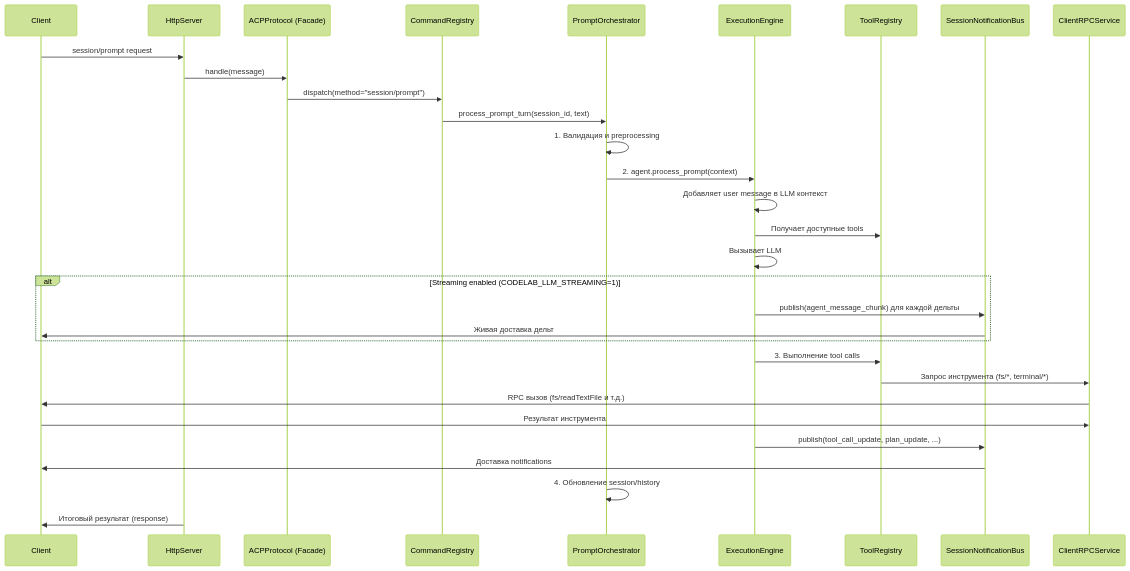
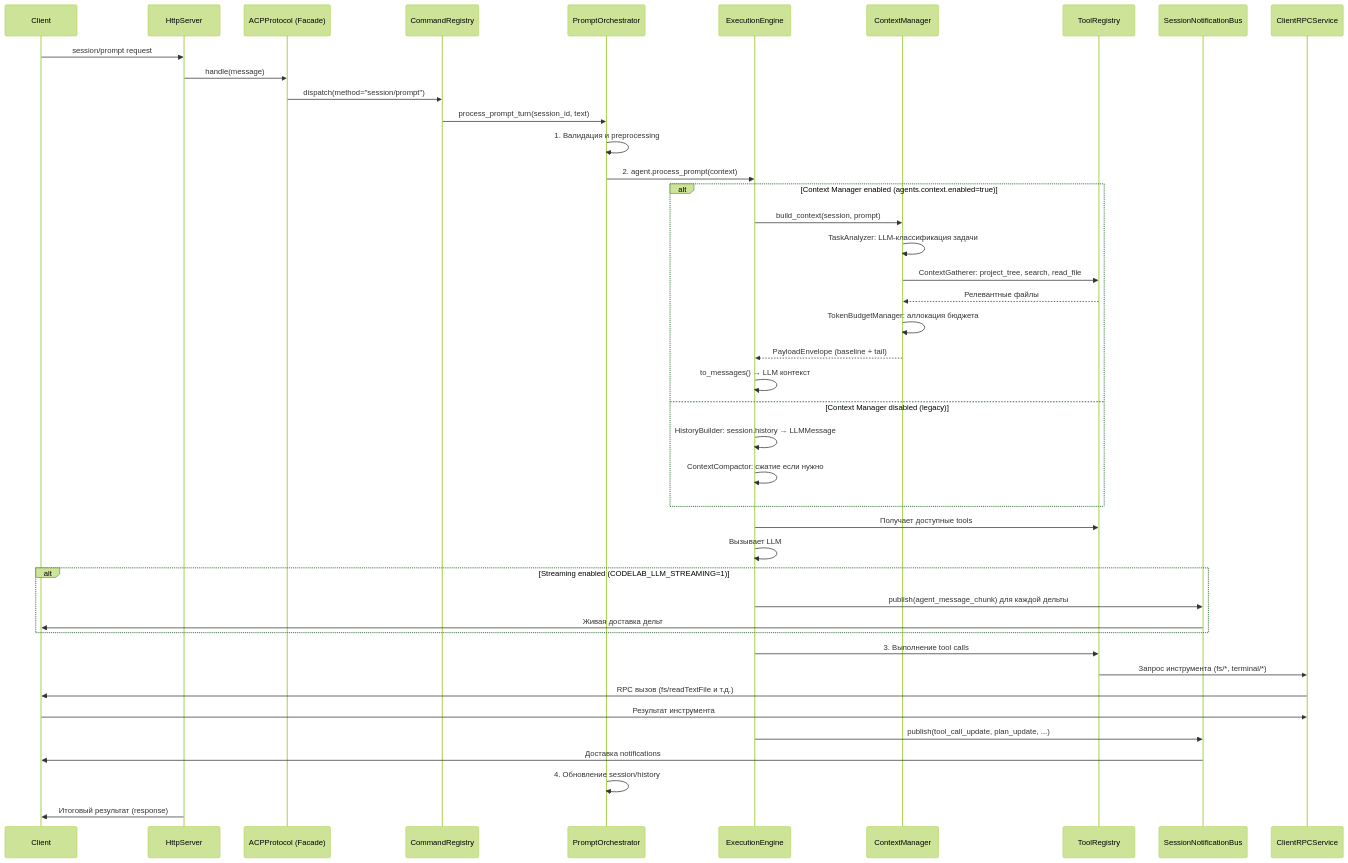
Before and after one commit to pese-git/codelab-agent: the seventh of 22 diagrams in doc/internals/architecture/ARCHITECTURE.md, drawn with Mermaid (forest theme). The commit also changed other lines of this file and 2 other files, not shown here.

Commit message:
docs(architecture): обновить Mermaid-диаграммы с Context Manager
- FULL_ARCHITECTURE.md: добавлен Context Manager в обзор системы и Agent Layer
- ARCHITECTURE.md: добавлен Context Manager в внутреннюю структуру сервера
- ARCHITECTURE.md: обновлена диаграмма обработки session/prompt с alt-ветками для Context Manager
- README.md: расширена диаграмма AgentLoop с связью ExecutionEngine → ContextManager

````diff
--- a/doc/internals/architecture/ARCHITECTURE.md
+++ b/doc/internals/architecture/ARCHITECTURE.md
@@ -596,42 +599,56 @@
 ```mermaid
 sequenceDiagram
     participant Client
     participant HttpServer
     participant ACP as ACPProtocol (Facade)
     participant CmdReg as CommandRegistry
     participant PromptOrch as PromptOrchestrator
     participant Agent as ExecutionEngine
+    participant CM as ContextManager
     participant Tools as ToolRegistry
     participant NotifBus as SessionNotificationBus
     participant ClientRPC as ClientRPCService
 
     Client->>HttpServer: session/prompt request
     HttpServer->>ACP: handle(message)
     
     ACP->>CmdReg: dispatch(method="session/prompt")
     CmdReg->>PromptOrch: process_prompt_turn(session_id, text)
     
     PromptOrch->>PromptOrch: 1. Валидация и preprocessing
     
     PromptOrch->>Agent: 2. agent.process_prompt(context)
-    Agent->>Agent: Добавляет user message в LLM контекст
+    
+    alt Context Manager enabled (agents.context.enabled=true)
+        Agent->>CM: build_context(session, prompt)
+        CM->>CM: TaskAnalyzer: LLM-классификация задачи
+        CM->>Tools: ContextGatherer: project_tree, search, read_file
+        Tools-->>CM: Релевантные файлы
+        CM->>CM: TokenBudgetManager: аллокация бюджета
+        CM-->>Agent: PayloadEnvelope (baseline + tail)
+        Agent->>Agent: to_messages() → LLM контекст
+    else Context Manager disabled (legacy)
+        Agent->>Agent: HistoryBuilder: session.history → LLMMessage
+        Agent->>Agent: ContextCompactor: сжатие если нужно
+    end
+    
     Agent->>Tools: Получает доступные tools
     Agent->>Agent: Вызывает LLM
     
     alt Streaming enabled (CODELAB_LLM_STREAMING=1)
         Agent->>NotifBus: publish(agent_message_chunk) для каждой дельты
         NotifBus->>Client: Живая доставка дельт
     end
     
     Agent->>Tools: 3. Выполнение tool calls
     Tools->>ClientRPC: Запрос инструмента (fs/*, terminal/*)
     ClientRPC->>Client: RPC вызов (fs/readTextFile и т.д.)
     Client->>ClientRPC: Результат инструмента
     
     Agent->>NotifBus: publish(tool_call_update, plan_update, ...)
     NotifBus->>Client: Доставка notifications
     
     PromptOrch->>PromptOrch: 4. Обновление session/history
     
     HttpServer->>Client: Итоговый результат (response)
 ```
````
